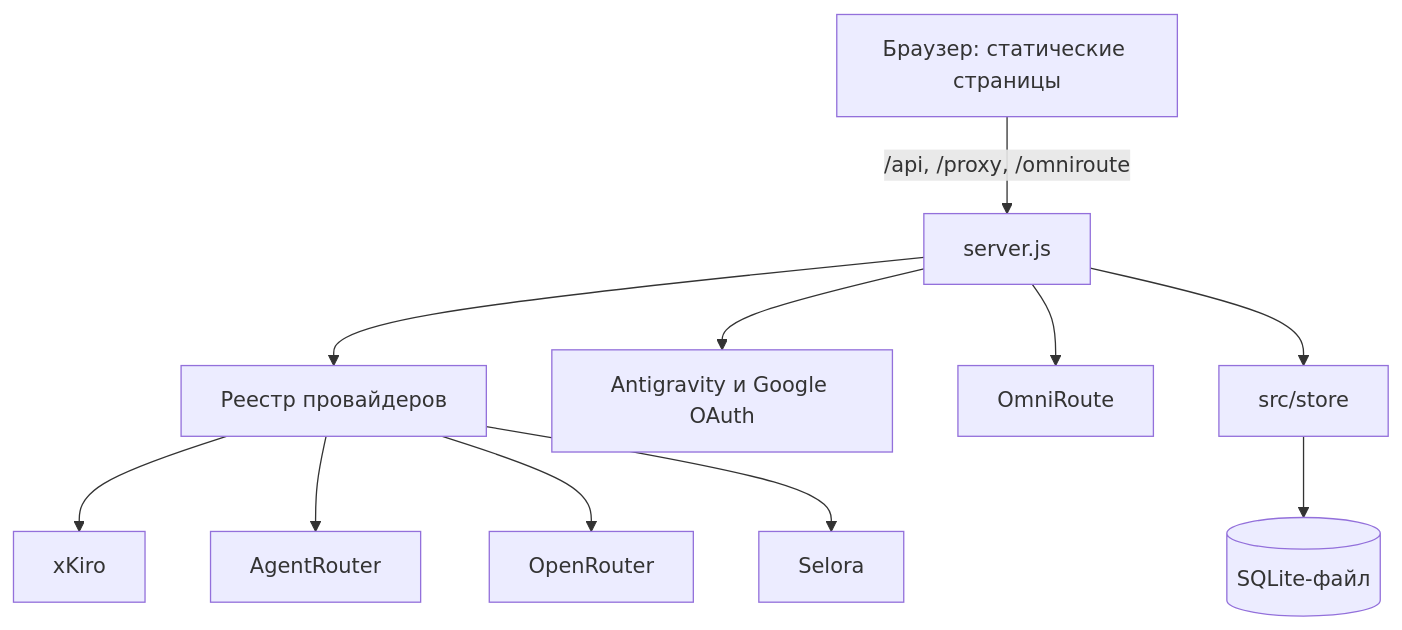
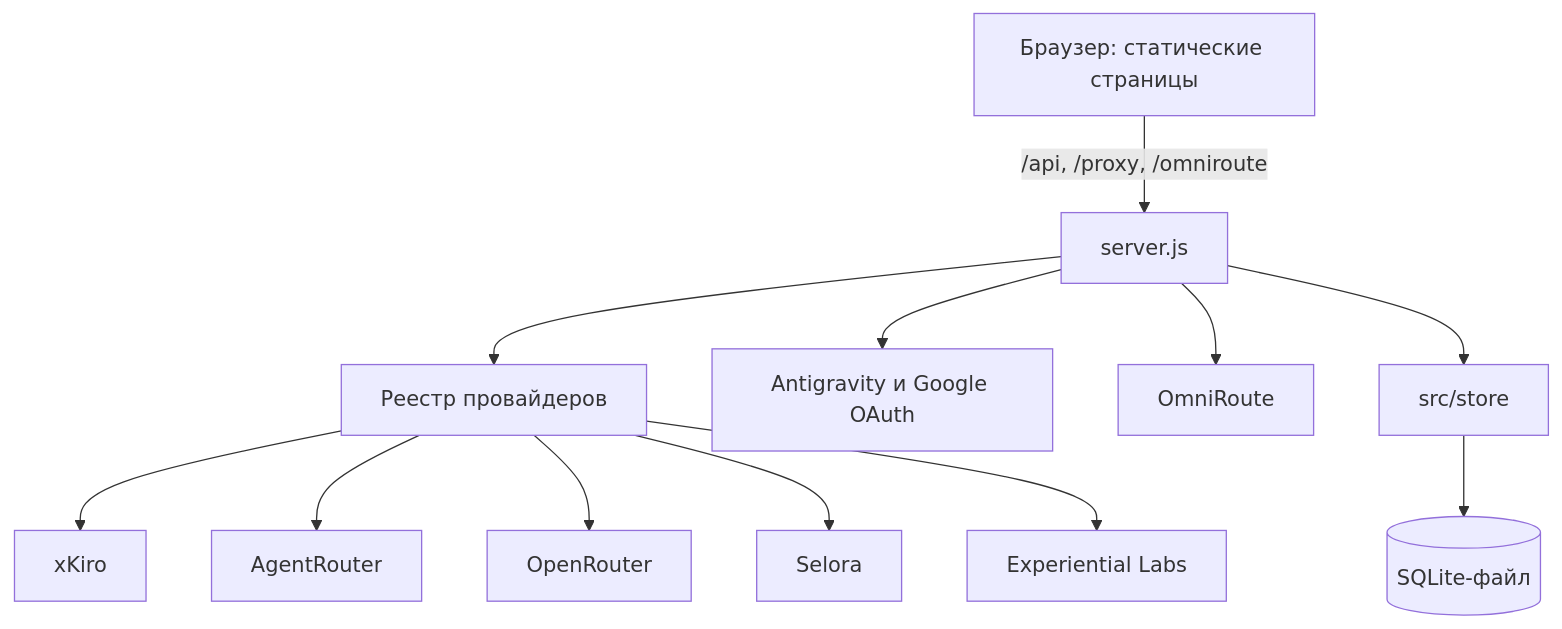
One commit to ak-flash/ai-panel-omniroute changed the diagram in README.md. Above: the diagram before and after it, drawn with Mermaid. The commit also changed other lines of this file and 54 other files, not shown here.

````diff
--- a/README.md
+++ b/README.md
@@ -188,13 +194,14 @@
 ```mermaid
 flowchart TD
     B[Браузер: статические страницы] -->|/api, /proxy, /omniroute| S[server.js]
     S --> R[Реестр провайдеров]
     R --> X[xKiro]
     R --> A[AgentRouter]
     R --> OR[OpenRouter]
     R --> SEL[Selora]
+    R --> EXP[Experiential Labs]
     S --> G[Antigravity и Google OAuth]
     S --> OM[OmniRoute]
     S --> V[src/store]
     V --> D[(SQLite-файл)]
 ```
````
